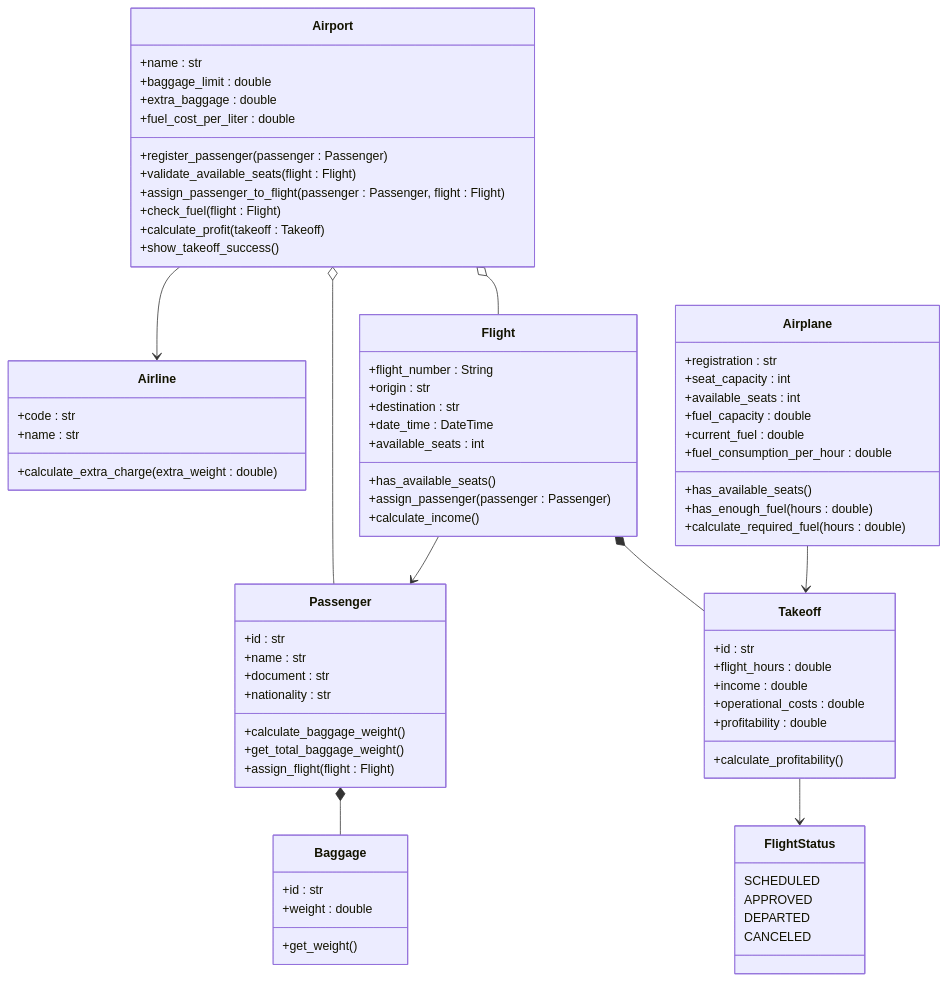
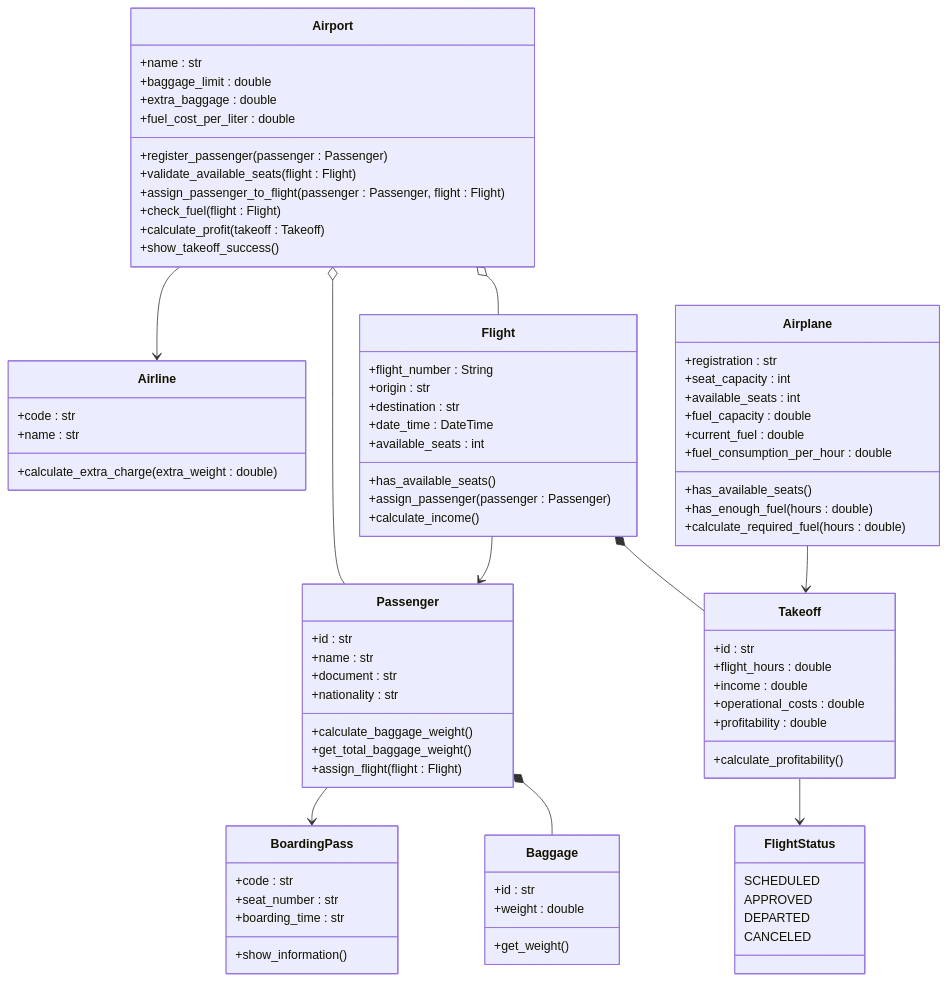
Before and after one commit to CristianDuarted/Proyecto-Aeropuerto-POO: the diagram in README.md, drawn with Mermaid.

Commit message:
Se añade en el diagrama UML el class BoardingPass

```diff
--- a/README.md
+++ b/README.md
@@ -106,6 +106,14 @@
         CANCELED
     }
 
+    class BoardingPass {
+    +code : str
+    +seat_number : str
+    +boarding_time : str
+    +show_information()
+    }
+
+    Passenger --> BoardingPass
     Airport o-- Passenger
     Passenger *-- Baggage
     Airport o-- Flight
```
